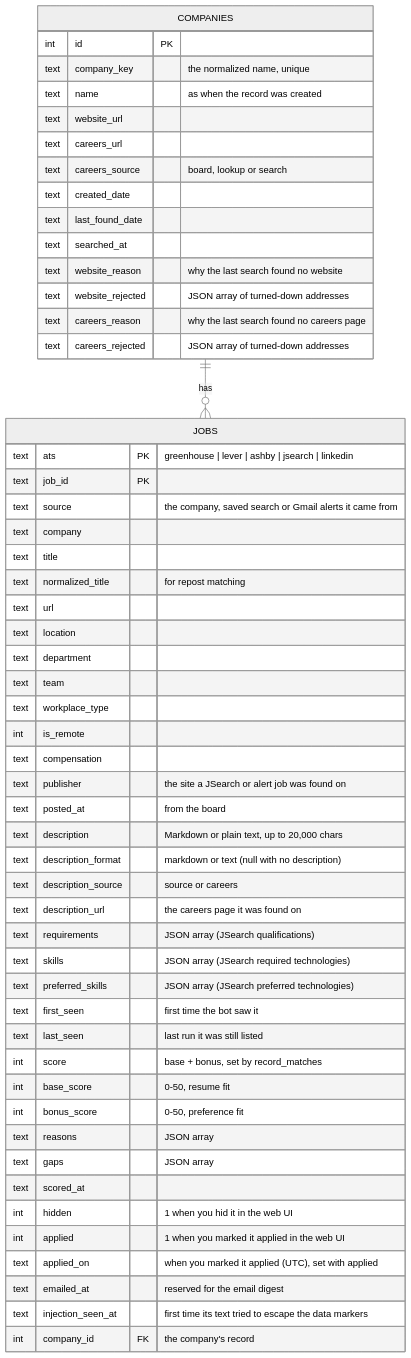
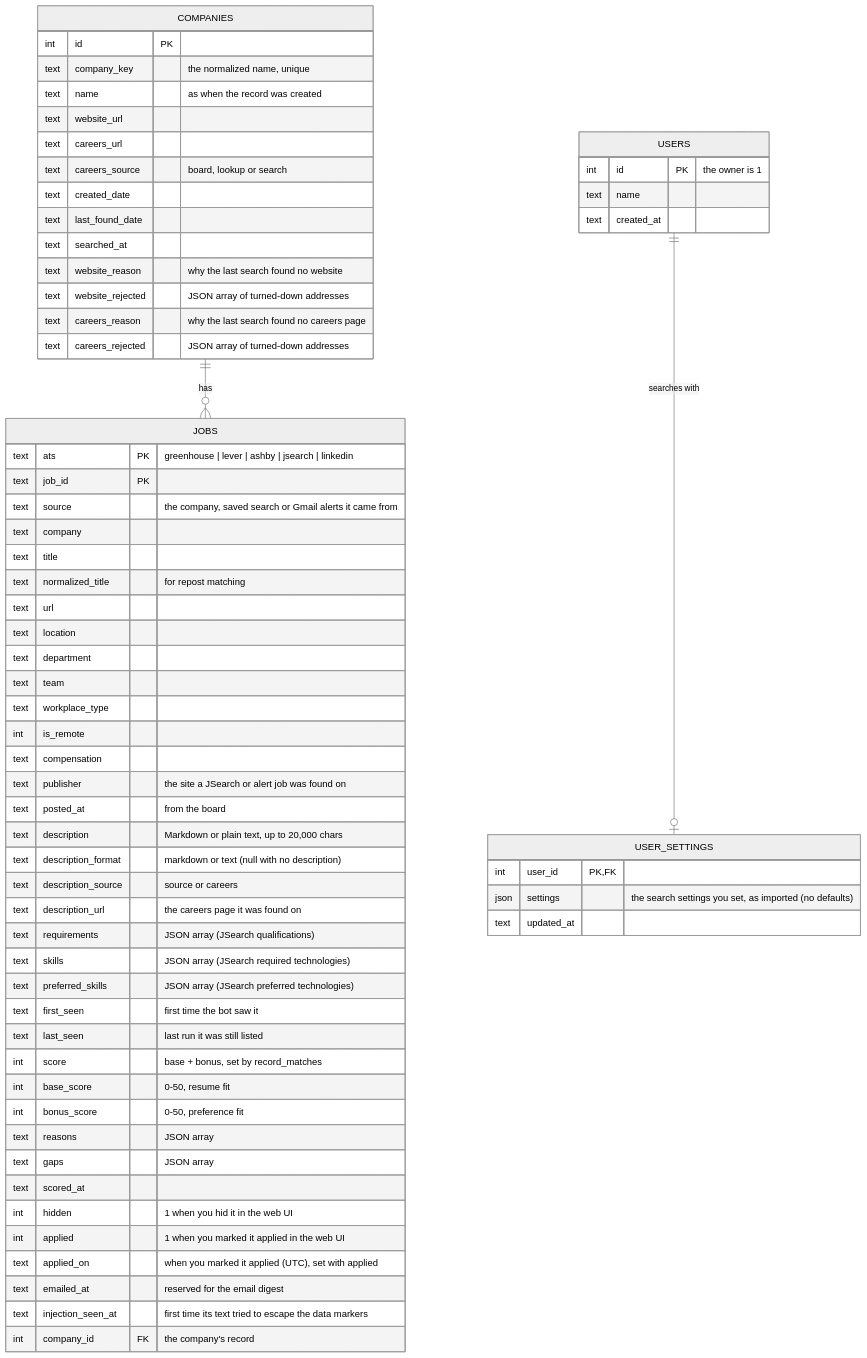
One commit to risingfish/myjobbot changed the sixth of 7 diagrams in README.md. Above: the diagram before and after it, drawn with Mermaid (neutral theme). The commit also changed other lines of this file and 5 other files, not shown here.

Commit message:
Document search settings in the database (015 PR 4) (#54)

````diff
--- a/README.md
+++ b/README.md
@@ -566,57 +581,68 @@
 ```mermaid
 erDiagram
     JOBS {
         text ats PK "greenhouse | lever | ashby | jsearch | linkedin"
         text job_id PK
         text source "the company, saved search or Gmail alerts it came from"
         text company
         text title
         text normalized_title "for repost matching"
         text url
         text location
         text department
         text team
         text workplace_type
         int is_remote
         text compensation
         text publisher "the site a JSearch or alert job was found on"
         text posted_at "from the board"
         text description "Markdown or plain text, up to 20,000 chars"
         text description_format "markdown or text (null with no description)"
         text description_source "source or careers"
         text description_url "the careers page it was found on"
         text requirements "JSON array (JSearch qualifications)"
         text skills "JSON array (JSearch required technologies)"
         text preferred_skills "JSON array (JSearch preferred technologies)"
         text first_seen "first time the bot saw it"
         text last_seen "last run it was still listed"
         int score "base + bonus, set by record_matches"
         int base_score "0-50, resume fit"
         int bonus_score "0-50, preference fit"
         text reasons "JSON array"
         text gaps "JSON array"
         text scored_at
         int hidden "1 when you hid it in the web UI"
         int applied "1 when you marked it applied in the web UI"
         text applied_on "when you marked it applied (UTC), set with applied"
         text emailed_at "reserved for the email digest"
         text injection_seen_at "first time its text tried to escape the data markers"
         int company_id FK "the company's record"
     }
     COMPANIES {
         int id PK
         text company_key "the normalized name, unique"
         text name "as when the record was created"
         text website_url
         text careers_url
         text careers_source "board, lookup or search"
         text created_date
         text last_found_date
         text searched_at
         text website_reason "why the last search found no website"
         text website_rejected "JSON array of turned-down addresses"
         text careers_reason "why the last search found no careers page"
         text careers_rejected "JSON array of turned-down addresses"
     }
     COMPANIES ||--o{ JOBS : "has"
+    USERS {
+        int id PK "the owner is 1"
+        text name
+        text created_at
+    }
+    USER_SETTINGS {
+        int user_id PK, FK
+        json settings "the search settings you set, as imported (no defaults)"
+        text updated_at
+    }
+    USERS ||--o| USER_SETTINGS : "searches with"
 ```
````
